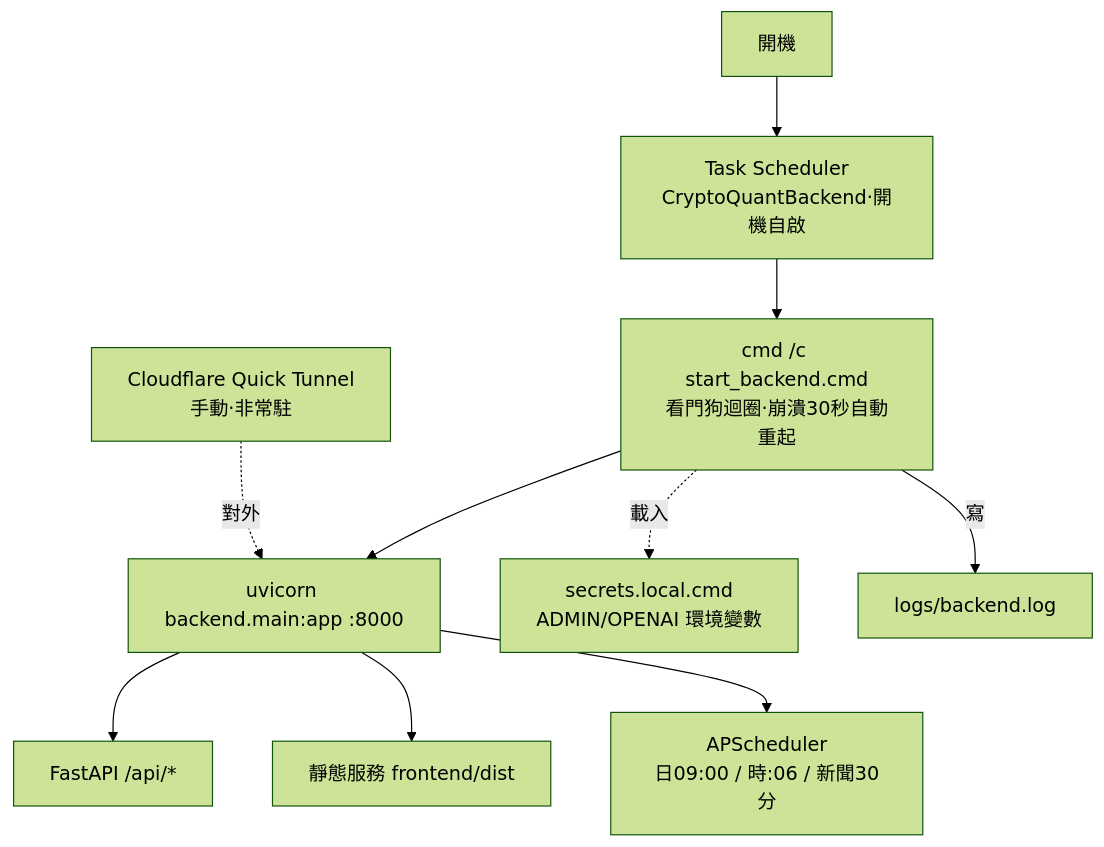
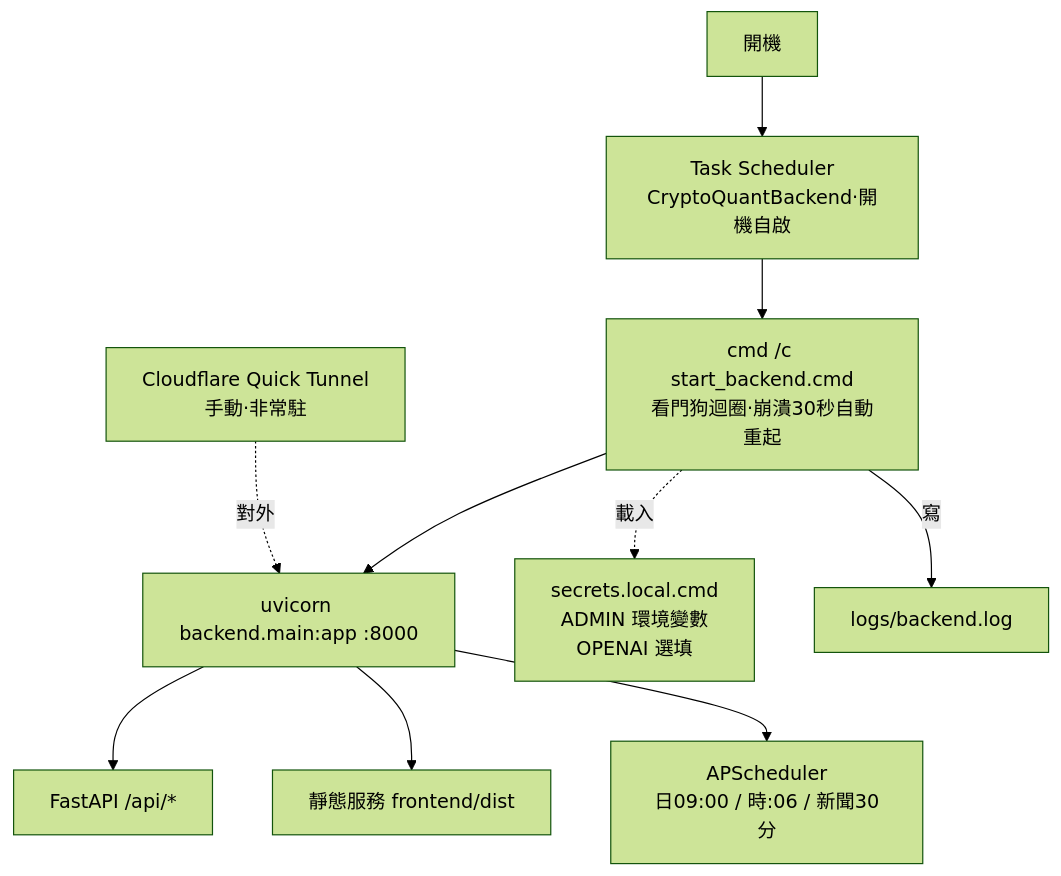
One commit to yunzhenz-chainwin/crypto-quant changed the diagram in docs/archive/部署與運維.md. Above: the diagram before and after it, drawn with Mermaid (forest theme). The commit also changed other lines of this file and 7 other files, not shown here.

````diff
--- a/docs/archive/部署與運維.md
+++ b/docs/archive/部署與運維.md
@@ -12,12 +12,12 @@
 ```mermaid
 flowchart TD
     BOOT["開機"] --> TS["Task Scheduler<br/>CryptoQuantBackend·開機自啟"]
     TS --> CMD["cmd /c start_backend.cmd<br/>看門狗迴圈·崩潰30秒自動重起"]
     CMD --> UV["uvicorn backend.main:app :8000"]
     UV --> API["FastAPI /api/*"]
     UV --> STATIC["靜態服務 frontend/dist"]
     UV --> SCHED["APScheduler<br/>日09:00 / 時:06 / 新聞30分"]
-    CMD -.->|"載入"| SEC["secrets.local.cmd<br/>ADMIN/OPENAI 環境變數"]
+    CMD -.->|"載入"| SEC["secrets.local.cmd<br/>ADMIN 環境變數<br/>OPENAI 選填"]
     CMD -->|"寫"| LOG["logs/backend.log"]
     TUN["Cloudflare Quick Tunnel<br/>手動·非常駐"] -.->|"對外"| UV
 ```
````
